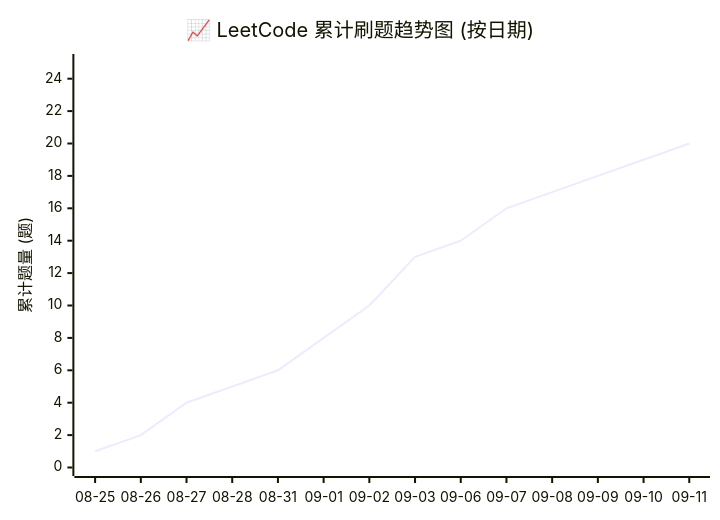
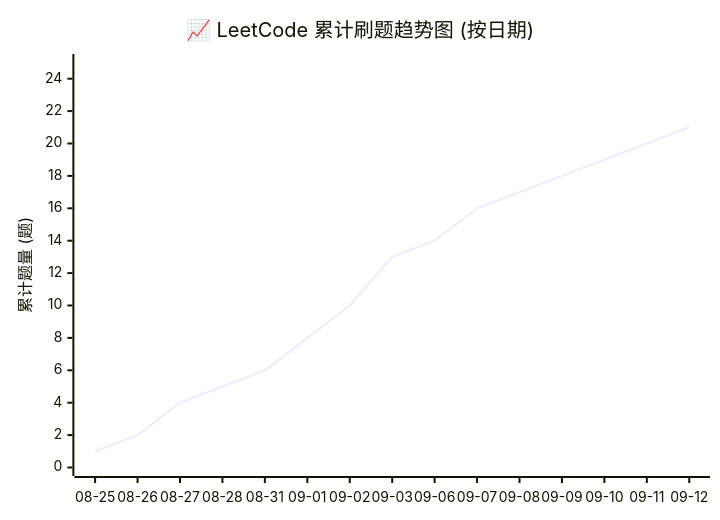
One commit to hexinbyte/LeetCode-Journey changed the diagram in README.md. Above: the diagram before and after it, drawn with Mermaid. The commit also changed other lines of this file and 2 other files, not shown here.

````diff
--- a/README.md
+++ b/README.md
@@ -16,7 +16,7 @@
 ```mermaid
 xychart-beta
     title "📈 LeetCode 累计刷题趋势图 (按日期)"
-    x-axis ["08-25", "08-26", "08-27", "08-28", "08-31", "09-01", "09-02", "09-03", "09-06", "09-07", "09-08", "09-09", "09-10", "09-11"]
+    x-axis ["08-25", "08-26", "08-27", "08-28", "08-31", "09-01", "09-02", "09-03", "09-06", "09-07", "09-08", "09-09", "09-10", "09-11", "09-12"]
     y-axis "累计题量 (题)" 0 --> 25
-    line [1, 2, 4, 5, 6, 8, 10, 13, 14, 16, 17, 18, 19, 20]
+    line [1, 2, 4, 5, 6, 8, 10, 13, 14, 16, 17, 18, 19, 20, 21]
 ```
````
